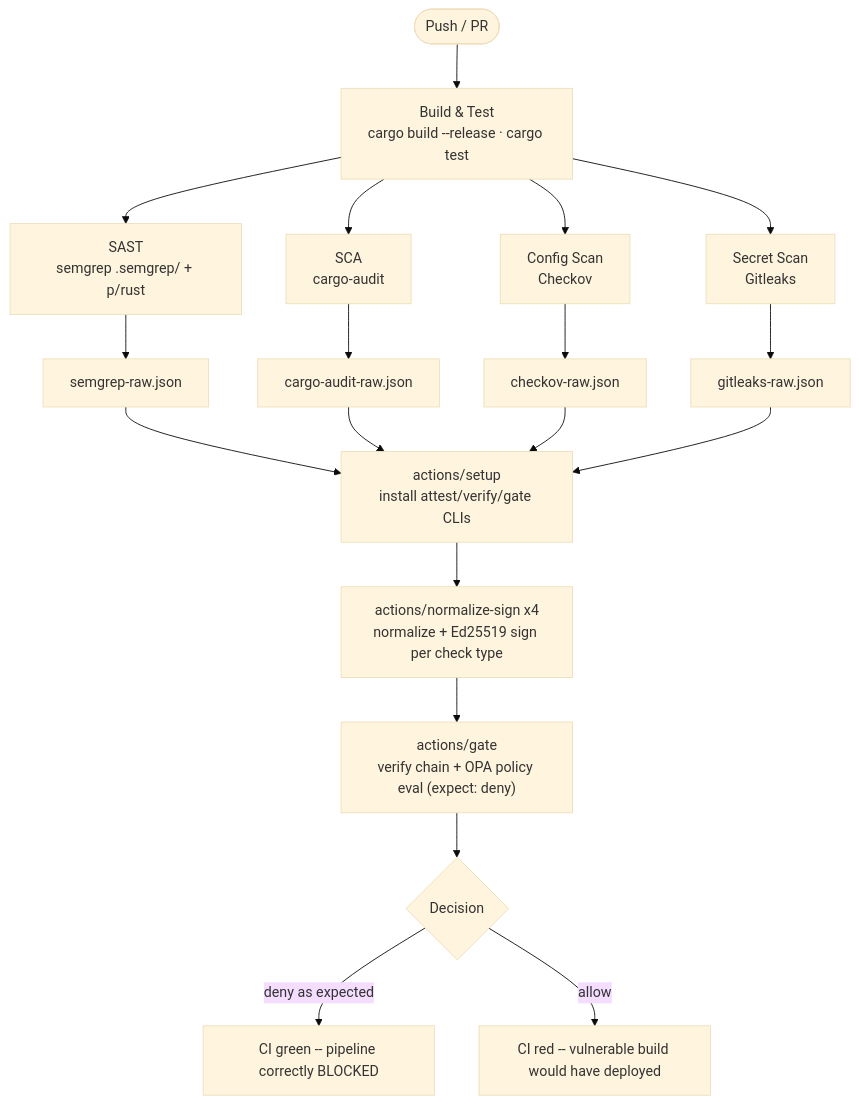
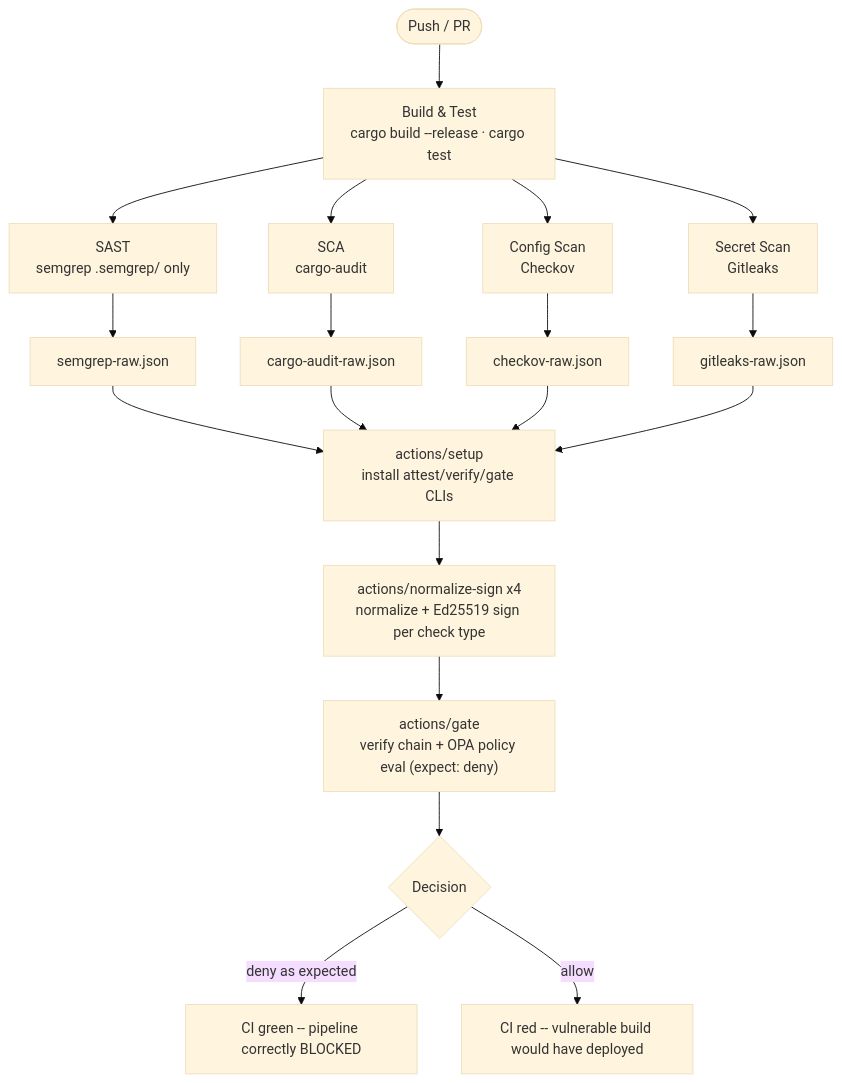
Before and after one commit to MemerGamer/Rust-DevSecOps-Demo: the diagram in README.md, drawn with Mermaid (base theme). The commit also changed other lines of this file and 2 other files, not shown here.

````diff
--- a/README.md
+++ b/README.md
@@ -102,18 +122,18 @@
 ```mermaid
 flowchart TD
     A([Push / PR]) --> B["Build & Test\ncargo build --release · cargo test"]
-    B --> C["SAST\nsemgrep .semgrep/ + p/rust"]
+    B --> C["SAST\nsemgrep .semgrep/ only"]
     B --> D["SCA\ncargo-audit"]
     B --> E["Config Scan\nCheckov"]
     B --> F["Secret Scan\nGitleaks"]
     C --> G[semgrep-raw.json]
     D --> H[cargo-audit-raw.json]
     E --> I[checkov-raw.json]
     F --> J[gitleaks-raw.json]
     G & H & I & J --> K["actions/setup\ninstall attest/verify/gate CLIs"]
     K --> L["actions/normalize-sign x4\nnormalize + Ed25519 sign per check type"]
     L --> M["actions/gate\nverify chain + OPA policy eval (expect: deny)"]
     M --> N{Decision}
     N -->|deny as expected| O[CI green -- pipeline correctly BLOCKED]
     N -->|allow| P[CI red -- vulnerable build would have deployed]
 ```
````
